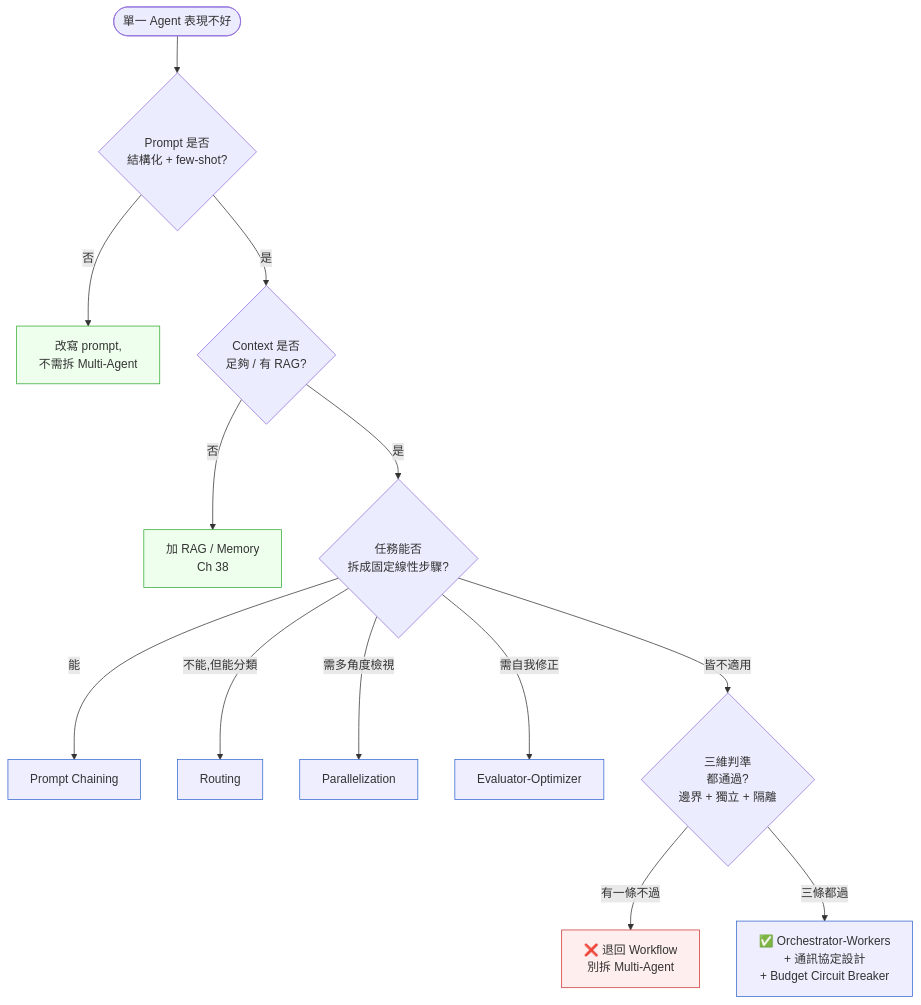
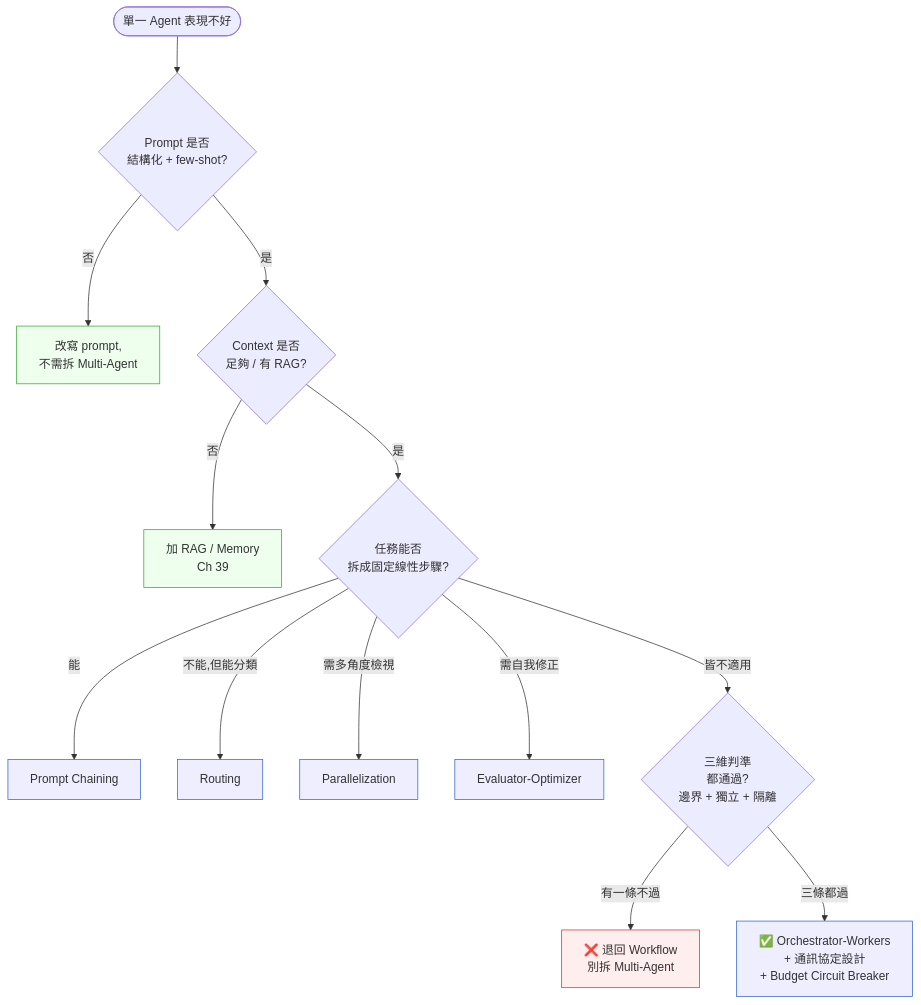
The third of 3 diagrams in book/part-07-ai-era/ch-40-multi-agent.md (EddyKuo/sa-sd-playbook), drawn with Mermaid before and after one commit. The commit also changed other lines of this file and 26 other files, not shown here.

````diff
--- a/book/part-07-ai-era/ch-40-multi-agent.md
+++ b/book/part-07-ai-era/ch-40-multi-agent.md
@@ -270,19 +269,19 @@
 ```mermaid
 flowchart TD
     Start([單一 Agent 表現不好]) --> Q1{Prompt 是否<br/>結構化 + few-shot?}
     Q1 -->|否| Fix1[改寫 prompt,<br/>不需拆 Multi-Agent]:::goal
     Q1 -->|是| Q2{"Context 是否<br/>足夠 / 有 RAG?"}
-    Q2 -->|否| Fix2["加 RAG / Memory<br/>Ch 38"]:::goal
+    Q2 -->|否| Fix2["加 RAG / Memory<br/>Ch 39"]:::goal
     Q2 -->|是| Q3{任務能否<br/>拆成固定線性步驟?}
     Q3 -->|能| W1[Prompt Chaining]:::cold
     Q3 -->|不能,但能分類| W2[Routing]:::cold
     Q3 -->|需多角度檢視| W3[Parallelization]:::cold
     Q3 -->|需自我修正| W4[Evaluator-Optimizer]:::cold
     Q3 -->|皆不適用| Q4{三維判準<br/>都通過?<br/>邊界 + 獨立 + 隔離}
     Q4 -->|有一條不過| Stop[❌ 退回 Workflow<br/>別拆 Multi-Agent]:::hot
     Q4 -->|三條都過| MA[✅ Orchestrator-Workers<br/>+ 通訊協定設計<br/>+ Budget Circuit Breaker]:::cold
 
     classDef hot fill:#fee,stroke:#c33
     classDef cold fill:#eef,stroke:#36c
     classDef goal fill:#efe,stroke:#3a3
 ```
````
